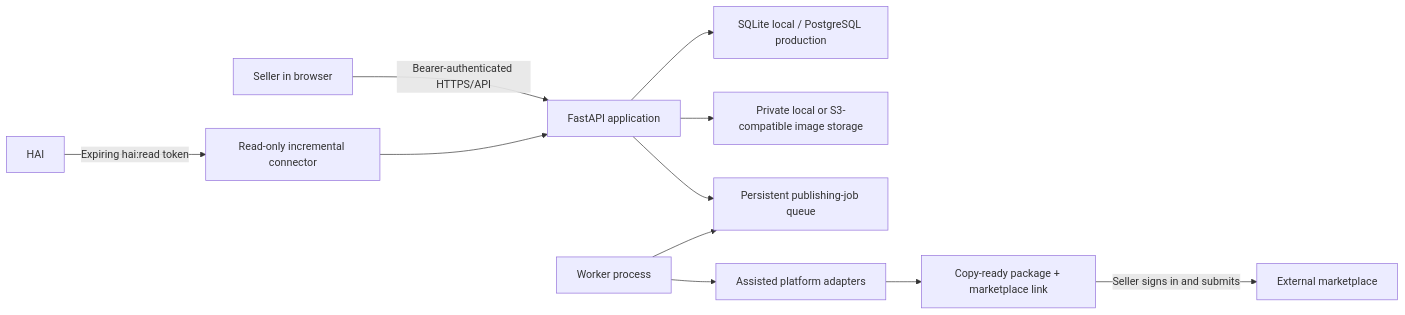
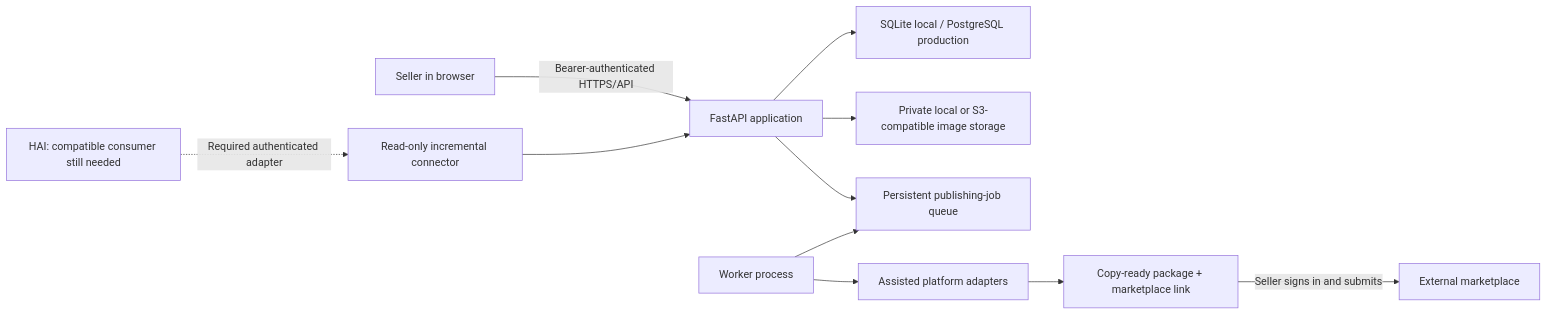
Before and after one commit to Robert-Velhorst/023-Secondhand-platforms-autoposter: the diagram in README.md, drawn with Mermaid. The commit also changed other lines of this file and 3 other files, not shown here.

````diff
--- a/README.md
+++ b/README.md
@@ -303,13 +330,13 @@
 ```mermaid
 flowchart LR
     U["Seller in browser"] -->|"Bearer-authenticated HTTPS/API"| A["FastAPI application"]
     A --> DB["SQLite local / PostgreSQL production"]
     A --> FS["Private local or S3-compatible image storage"]
     A --> Q["Persistent publishing-job queue"]
     W["Worker process"] --> Q
     W --> P["Assisted platform adapters"]
     P --> M["Copy-ready package + marketplace link"]
     M -->|"Seller signs in and submits"| X["External marketplace"]
-    H["HAI"] -->|"Expiring hai:read token"| R["Read-only incremental connector"]
+    H["HAI: compatible consumer still needed"] -.->|"Required authenticated adapter"| R["Read-only incremental connector"]
     R --> A
 ```
````
